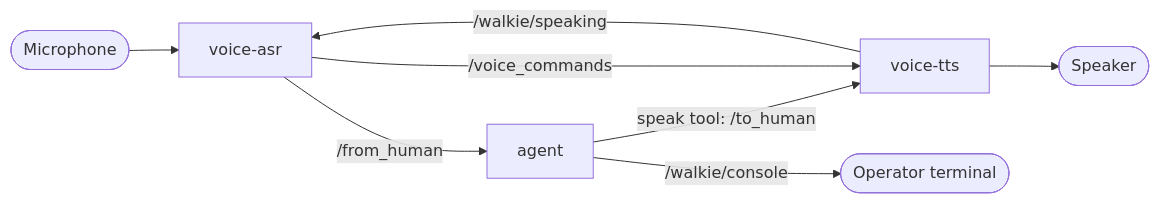
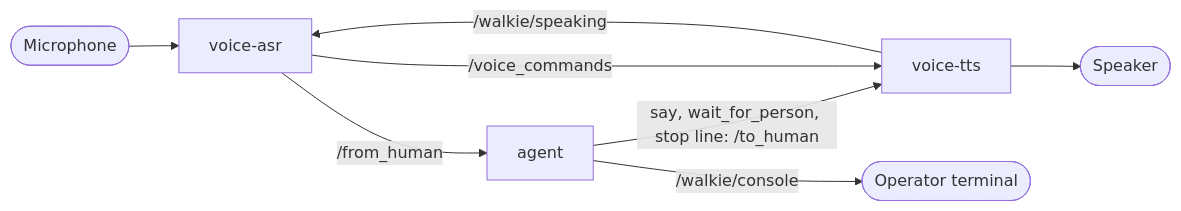
One commit to EIC-Robocup-2026/walkie-agent-ros changed the diagram in docs/setup/07-voice.md. Above: the diagram before and after it, drawn with Mermaid. The commit also changed other lines of this file and 6 other files, not shown here.

````diff
--- a/docs/setup/07-voice.md
+++ b/docs/setup/07-voice.md
@@ -12,10 +12,10 @@
 ```mermaid
 flowchart LR
     mic([Microphone]) --> asr[voice-asr]
     asr -- "/from_human" --> agent[agent]
-    agent -- "speak tool: /to_human" --> tts[voice-tts]
+    agent -- "say, wait_for_person, stop line: /to_human" --> tts[voice-tts]
     tts --> spk([Speaker])
     asr -- "/voice_commands" --> tts
     tts -- "/walkie/speaking" --> asr
     agent -- "/walkie/console" --> op([Operator terminal])
 ```
````
